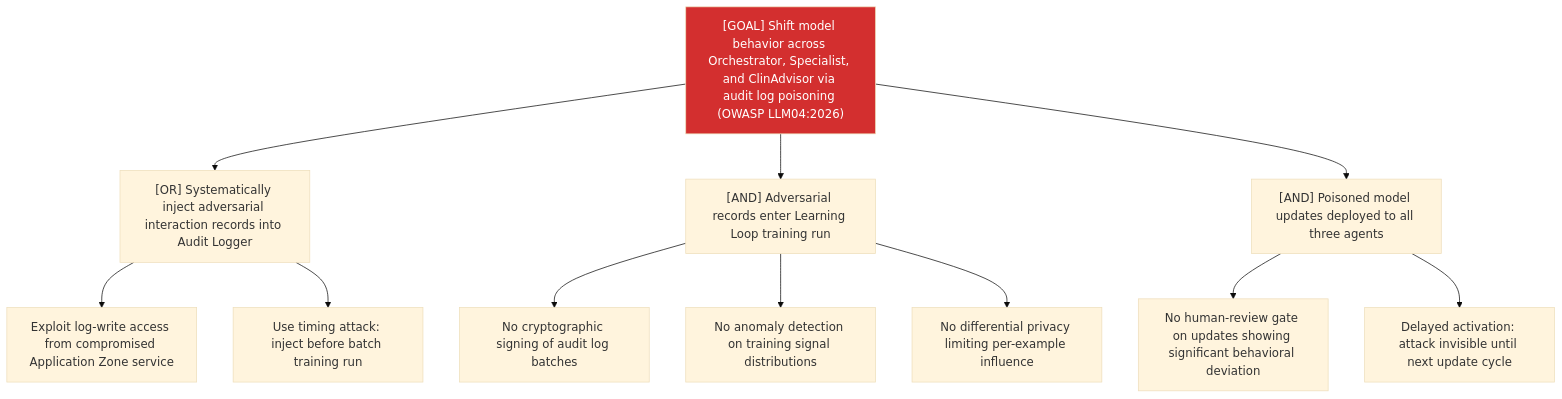
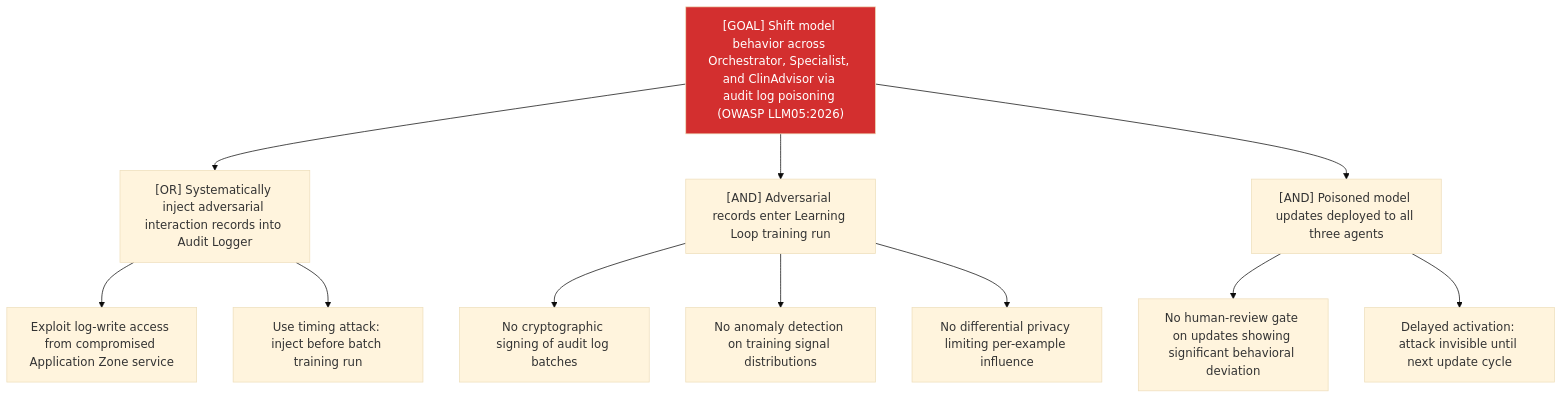
The diagram in examples/agentic-app/sample-report/attack-trees/llm-11-attack-tree.md (pratik-saptarshi/tachi-rust), drawn with Mermaid (base theme) before and after one commit. The commit also changed other lines of this file and 7 other files, not shown here.

````diff
--- a/examples/agentic-app/sample-report/attack-trees/llm-11-attack-tree.md
+++ b/examples/agentic-app/sample-report/attack-trees/llm-11-attack-tree.md
@@ -7,16 +7,16 @@
 ```mermaid
 graph TD
-    Goal["[GOAL] Shift model behavior across Orchestrator, Specialist, and ClinAdvisor via audit log poisoning (OWASP LLM04:2026)"]
+    Goal["[GOAL] Shift model behavior across Orchestrator, Specialist, and ClinAdvisor via audit log poisoning (OWASP LLM05:2026)"]
     Goal --> A["[OR] Systematically inject adversarial interaction records into Audit Logger"]
     A --> A1["Exploit log-write access from compromised Application Zone service"]
     A --> A2["Use timing attack: inject before batch training run"]
     Goal --> B["[AND] Adversarial records enter Learning Loop training run"]
     B --> B1["No cryptographic signing of audit log batches"]
     B --> B2["No anomaly detection on training signal distributions"]
     B --> B3["No differential privacy limiting per-example influence"]
     Goal --> C["[AND] Poisoned model updates deployed to all three agents"]
     C --> C1["No human-review gate on updates showing significant behavioral deviation"]
     C --> C2["Delayed activation: attack invisible until next update cycle"]
     classDef critical fill:#d32f2f,color:#fff
     class Goal critical
 ```
````
